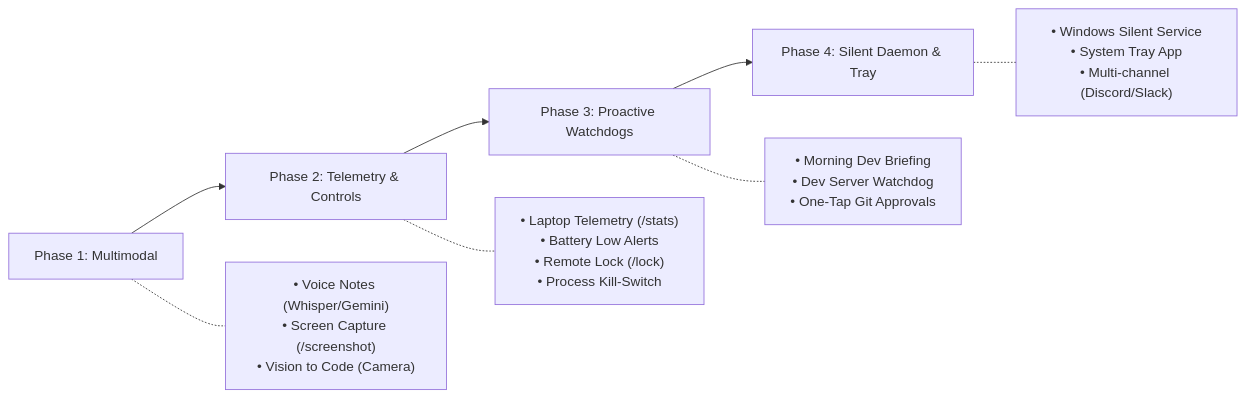
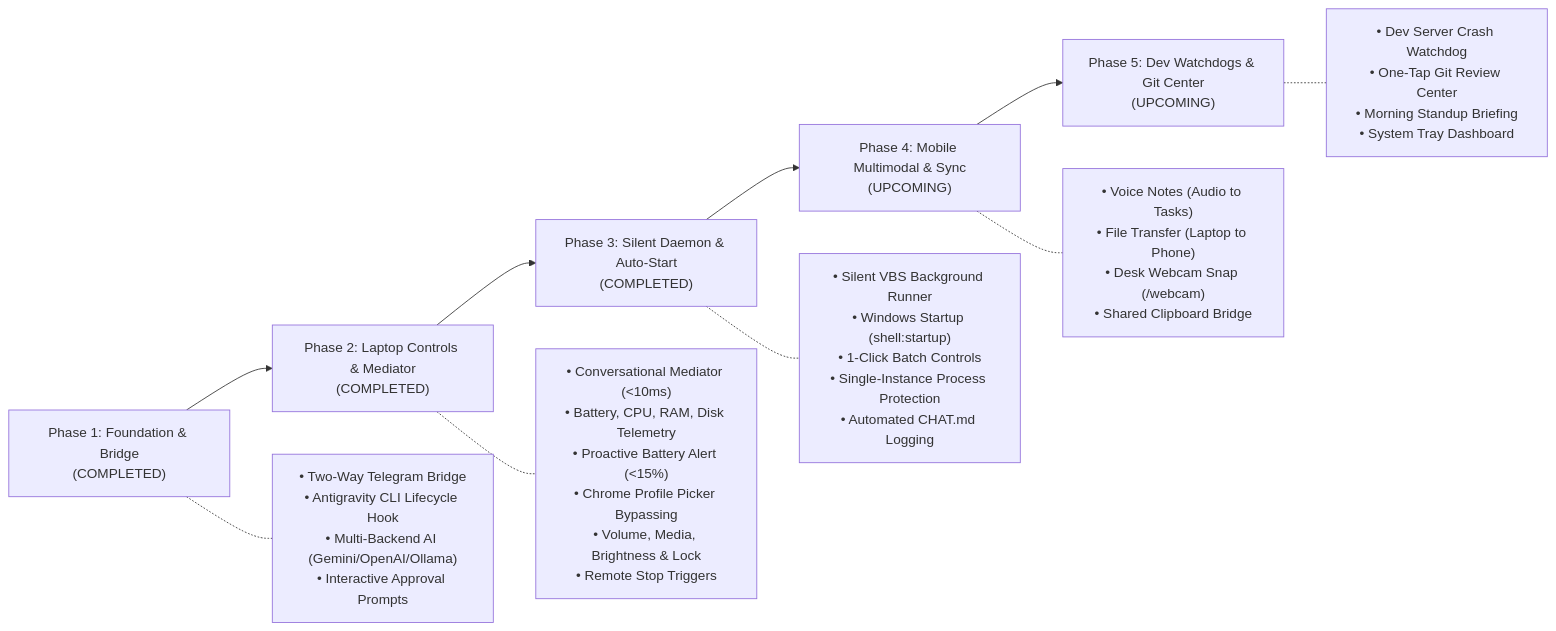
The diagram in FUTURE_SCOPE.md (riteshray830/telegram-mobile-companion), drawn with Mermaid before and after one commit. The commit also changed other lines of this file and 6 other files, not shown here.

Commit message:
Automate conversation logging into CHAT.md and update FUTURE_SCOPE.md with delivered features and roadmap

````diff
--- a/FUTURE_SCOPE.md
+++ b/FUTURE_SCOPE.md
@@ -9,11 +9,13 @@
 ```mermaid
 flowchart LR
-    A["Phase 1: Multimodal"] --> B["Phase 2: Telemetry & Controls"]
-    B --> C["Phase 3: Proactive Watchdogs"]
-    C --> D["Phase 4: Silent Daemon & Tray"]
+    A["Phase 1: Foundation & Bridge<br/>(COMPLETED)"] --> B["Phase 2: Laptop Controls & Mediator<br/>(COMPLETED)"]
+    B --> C["Phase 3: Silent Daemon & Auto-Start<br/>(COMPLETED)"]
+    C --> D["Phase 4: Mobile Multimodal & Sync<br/>(UPCOMING)"]
+    D --> E["Phase 5: Dev Watchdogs & Git Center<br/>(UPCOMING)"]
 
-    A -.- A1["• Voice Notes (Whisper/Gemini)<br/>• Screen Capture (/screenshot)<br/>• Vision to Code (Camera)"]
-    B -.- B1["• Laptop Telemetry (/stats)<br/>• Battery Low Alerts<br/>• Remote Lock (/lock)<br/>• Process Kill-Switch"]
-    C -.- C1["• Morning Dev Briefing<br/>• Dev Server Watchdog<br/>• One-Tap Git Approvals"]
-    D -.- D1["• Windows Silent Service<br/>• System Tray App<br/>• Multi-channel (Discord/Slack)"]
+    A -.- A1["• Two-Way Telegram Bridge<br/>• Antigravity CLI Lifecycle Hook<br/>• Multi-Backend AI (Gemini/OpenAI/Ollama)<br/>• Interactive Approval Prompts"]
+    B -.- B1["• Conversational Mediator (<10ms)<br/>• Battery, CPU, RAM, Disk Telemetry<br/>• Proactive Battery Alert (<15%)<br/>• Chrome Profile Picker Bypassing<br/>• Volume, Media, Brightness & Lock<br/>• Remote Stop Triggers"]
+    C -.- C1["• Silent VBS Background Runner<br/>• Windows Startup (shell:startup)<br/>• 1-Click Batch Controls<br/>• Single-Instance Process Protection<br/>• Automated CHAT.md Logging"]
+    D -.- D1["• Voice Notes (Audio to Tasks)<br/>• File Transfer (Laptop to Phone)<br/>• Desk Webcam Snap (/webcam)<br/>• Shared Clipboard Bridge"]
+    E -.- E1["• Dev Server Crash Watchdog<br/>• One-Tap Git Review Center<br/>• Morning Standup Briefing<br/>• System Tray Dashboard"]
 ```
````
